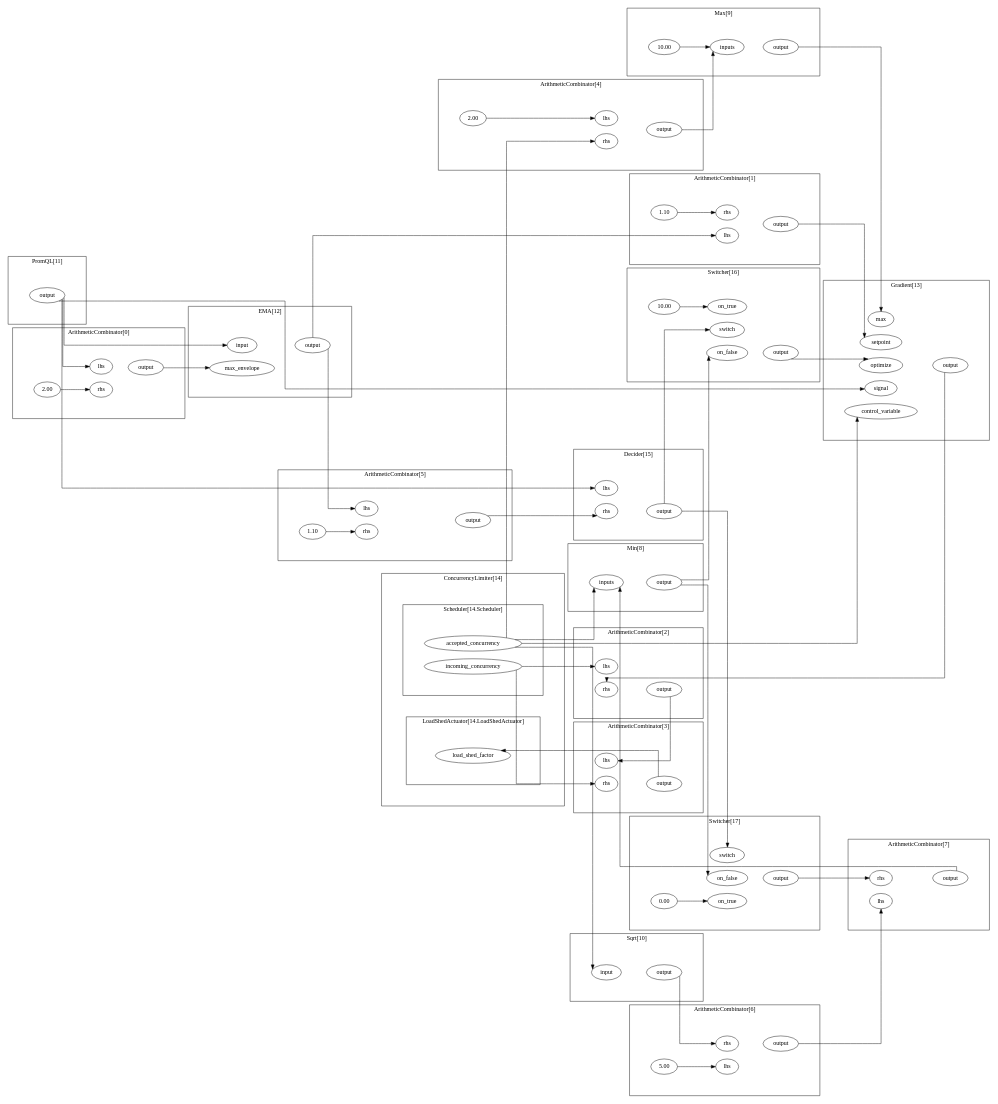
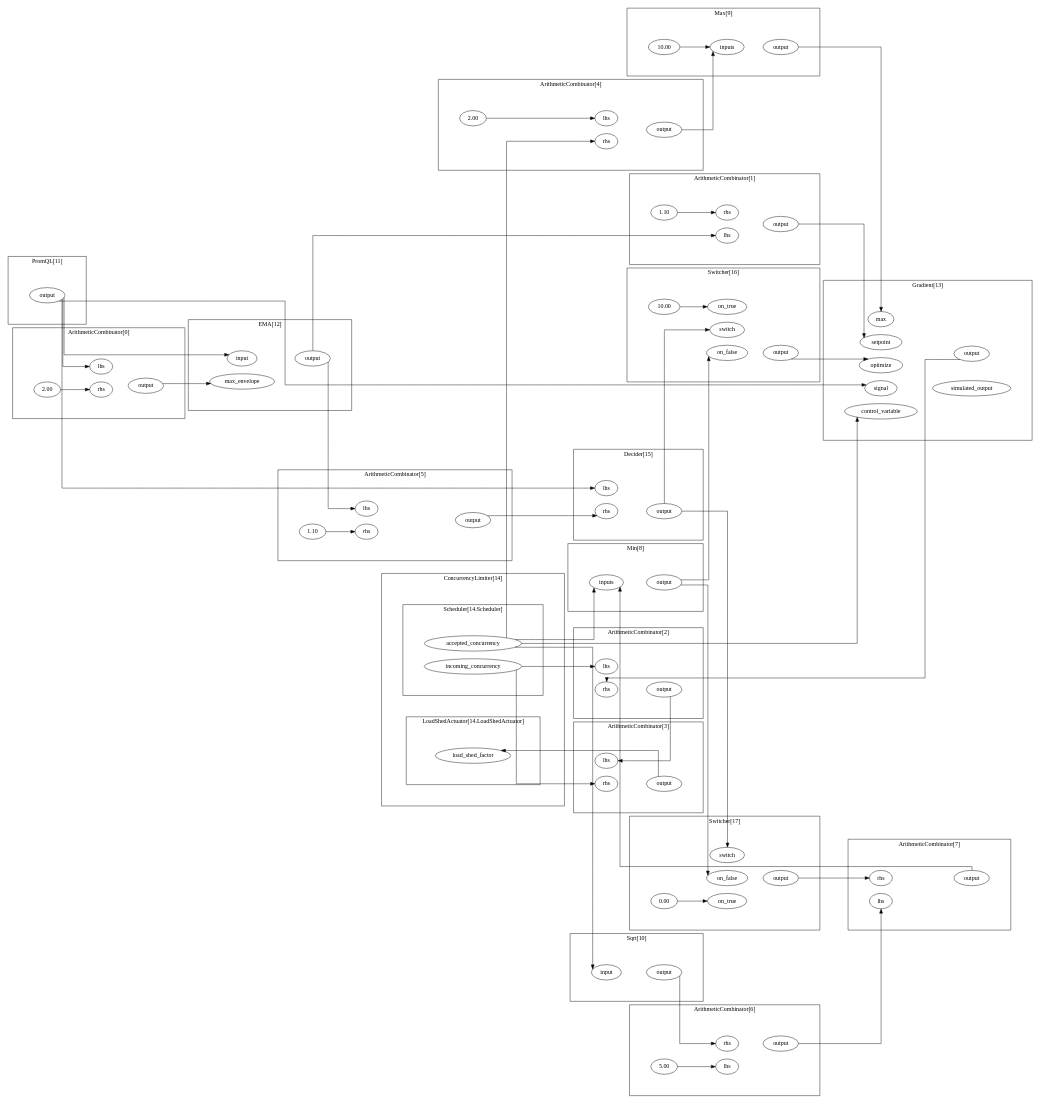
One commit to fluxninja/aperture changed the diagram in blueprints/blueprints/latency-gradient/example/gen/graph/graph.dot. Above: the diagram before and after it, drawn with Graphviz. The commit also changed 23 other files, not shown here.

```diff
--- a/blueprints/blueprints/latency-gradient/example/gen/graph/graph.dot
+++ b/blueprints/blueprints/latency-gradient/example/gen/graph/graph.dot
@@ -1,13 +1,13 @@
 digraph  {
 	subgraph cluster_s1 {
 		label="ArithmeticCombinator[0]";margin="50.0";
-		n3[label="2.00"];
-		n4[label="lhs"];
+		n4[label="2.00"];
+		n2[label="lhs"];
 		n5[label="output"];
-		n2[label="rhs"];
-		n3->n2;
-		n4->n5[style="invis"];
-		{rank=same; n2;n4;};
+		n3[label="rhs"];
+		n4->n3;
+		n3->n5[style="invis"];
+		{rank=same; n2;n3;};
 		{rank=same; n5;};
 		
 	}
@@ -75,8 +75,8 @@
 		n32[label="rhs"];
 		n31->n30;
 		n32->n33[style="invis"];
+		{rank=same; n33;};
 		{rank=same; n30;n32;};
-		{rank=same; n33;};
 		
 	}
 	subgraph cluster_s34 {
@@ -89,31 +89,31 @@
 		{rank=same; n37;};
 		
 	}
-	subgraph cluster_s61 {
-		subgraph cluster_s65 {
+	subgraph cluster_s62 {
+		subgraph cluster_s66 {
 			label="LoadShedActuator[14.LoadShedActuator]";margin="50.0";
-			n66[label="load_shed_factor"];
-			{rank=same; n66;};
+			n67[label="load_shed_factor"];
+			{rank=same; n67;};
 			
 		}
-		subgraph cluster_s62 {
+		subgraph cluster_s63 {
 			label="Scheduler[14.Scheduler]";margin="50.0";
-			n63[label="accepted_concurrency"];
-			n64[label="incoming_concurrency"];
-			{rank=same; n63;n64;};
+			n64[label="accepted_concurrency"];
+			n65[label="incoming_concurrency"];
+			{rank=same; n64;n65;};
 			
 		}
 		label="ConcurrencyLimiter[14]";margin="50.0";
 		
 	}
-	subgraph cluster_s67 {
+	subgraph cluster_s68 {
 		label="Decider[15]";margin="50.0";
-		n68[label="lhs"];
-		n70[label="output"];
-		n69[label="rhs"];
-		n69->n70[style="invis"];
-		{rank=same; n68;n69;};
-		{rank=same; n70;};
+		n69[label="lhs"];
+		n71[label="output"];
+		n70[label="rhs"];
+		n70->n71[style="invis"];
+		{rank=same; n69;n70;};
+		{rank=same; n71;};
 		
 	}
 	subgraph cluster_s50 {
@@ -128,15 +128,16 @@
 	}
 	subgraph cluster_s54 {
 		label="Gradient[13]";margin="50.0";
-		n55[label="control_variable"];
-		n59[label="max"];
-		n58[label="optimize"];
-		n60[label="output"];
-		n57[label="setpoint"];
-		n56[label="signal"];
-		n59->n60[style="invis"];
+		n57[label="control_variable"];
+		n56[label="max"];
+		n55[label="optimize"];
+		n61[label="output"];
+		n59[label="setpoint"];
+		n58[label="signal"];
+		n60[label="simulated_output"];
+		n59->n61[style="invis"];
+		{rank=same; n60;n61;};
 		{rank=same; n55;n56;n57;n58;n59;};
-		{rank=same; n60;};
 		
 	}
 	subgraph cluster_s41 {
@@ -174,61 +175,61 @@
 		{rank=same; n47;};
 		
 	}
-	subgraph cluster_s71 {
+	subgraph cluster_s72 {
 		label="Switcher[16]";margin="50.0";
-		n74[label="10.00"];
-		n75[label="on_false"];
-		n73[label="on_true"];
-		n76[label="output"];
-		n72[label="switch"];
-		n74->n73;
-		n75->n76[style="invis"];
-		{rank=same; n72;n73;n75;};
-		{rank=same; n76;};
+		n75[label="10.00"];
+		n76[label="on_false"];
+		n74[label="on_true"];
+		n77[label="output"];
+		n73[label="switch"];
+		n75->n74;
+		n76->n77[style="invis"];
+		{rank=same; n73;n74;n76;};
+		{rank=same; n77;};
 		
 	}
-	subgraph cluster_s77 {
+	subgraph cluster_s78 {
 		label="Switcher[17]";margin="50.0";
-		n80[label="0.00"];
-		n81[label="on_false"];
-		n79[label="on_true"];
-		n82[label="output"];
-		n78[label="switch"];
-		n80->n79;
-		n81->n82[style="invis"];
-		{rank=same; n78;n79;n81;};
-		{rank=same; n82;};
+		n81[label="0.00"];
+		n82[label="on_false"];
+		n80[label="on_true"];
+		n83[label="output"];
+		n79[label="switch"];
+		n81->n80;
+		n82->n83[style="invis"];
+		{rank=same; n79;n80;n82;};
+		{rank=same; n83;};
 		
 	}
 	rankdir="LR";splines="ortho";
-	n63->n22;
-	n63->n39;
-	n63->n46;
-	n63->n55;
-	n64->n12;
-	n64->n17;
+	n64->n22;
+	n64->n39;
+	n64->n46;
+	n64->n57;
+	n65->n12;
+	n65->n17;
+	n83->n36;
 	n14->n16;
-	n76->n58;
-	n5->n51;
-	n10->n57;
-	n28->n69;
-	n33->n35;
-	n40->n75;
-	n40->n81;
-	n60->n13;
-	n70->n72;
-	n70->n78;
-	n82->n36;
-	n37->n39;
-	n47->n32;
-	n18->n66;
-	n23->n42;
-	n44->n59;
-	n49->n4;
-	n49->n52;
-	n49->n56;
-	n49->n68;
+	n40->n76;
+	n40->n82;
 	n53->n7;
 	n53->n25;
+	n23->n42;
+	n37->n39;
+	n77->n55;
+	n10->n59;
+	n28->n70;
+	n33->n35;
+	n47->n32;
+	n61->n13;
+	n71->n73;
+	n71->n79;
+	n5->n51;
+	n18->n67;
+	n44->n56;
+	n49->n2;
+	n49->n52;
+	n49->n58;
+	n49->n69;
 	
 }
```
